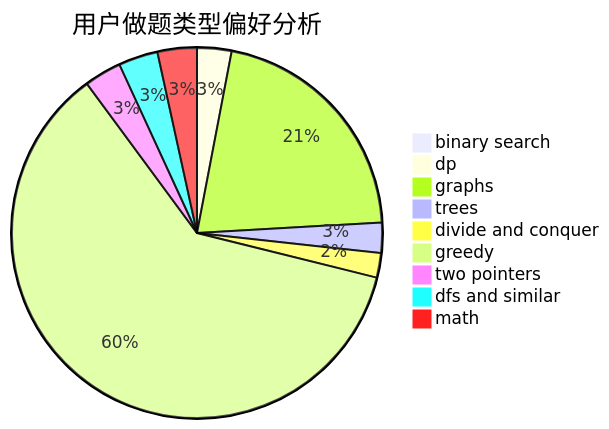
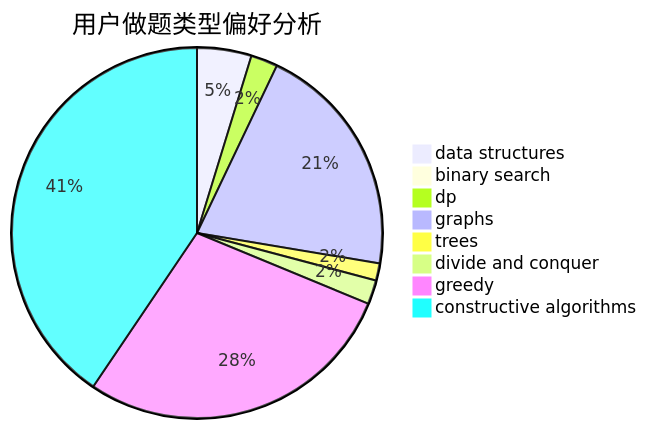
The second of 3 diagrams in docs/user/u1326.md (sherpahu/cfrs.github.io), drawn with Mermaid before and after one commit. The commit also changed other lines of this file and 2775 other files, not shown here.

````diff
--- a/docs/user/u1326.md
+++ b/docs/user/u1326.md
@@ -23,12 +23,11 @@
 ```mermaid
 pie title 用户做题类型偏好分析
-    "binary search" :  16
-    "dp" :  49
-    "graphs" :  344
-    "trees" :  43
+    "data structures" :  79
+    "binary search" :  0
+    "dp" :  39
+    "graphs" :  342
+    "trees" :  25
     "divide and conquer" :  35
-    "greedy" :  995
-    "two pointers" :  53
-    "dfs and similar" :  56
-    "math" :  56
+    "greedy" :  470
+    "constructive algorithms" :  675
 ```
````
